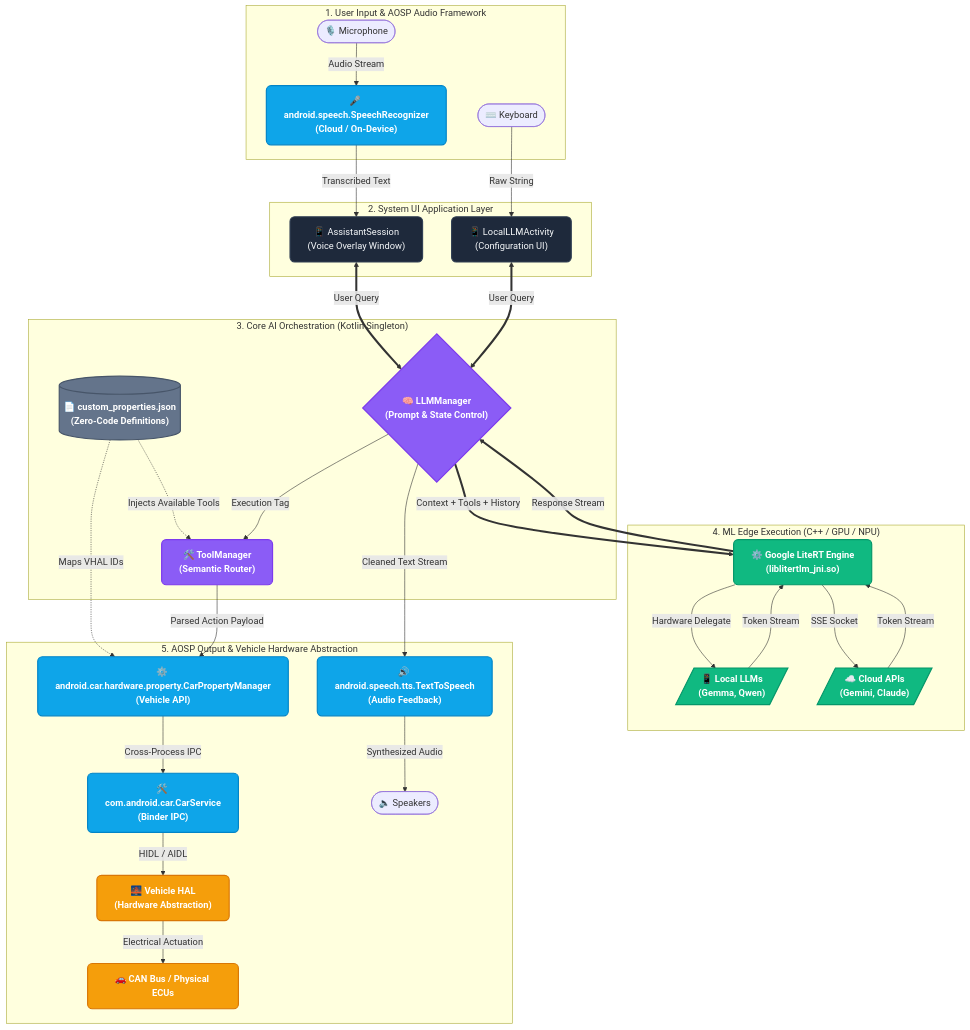
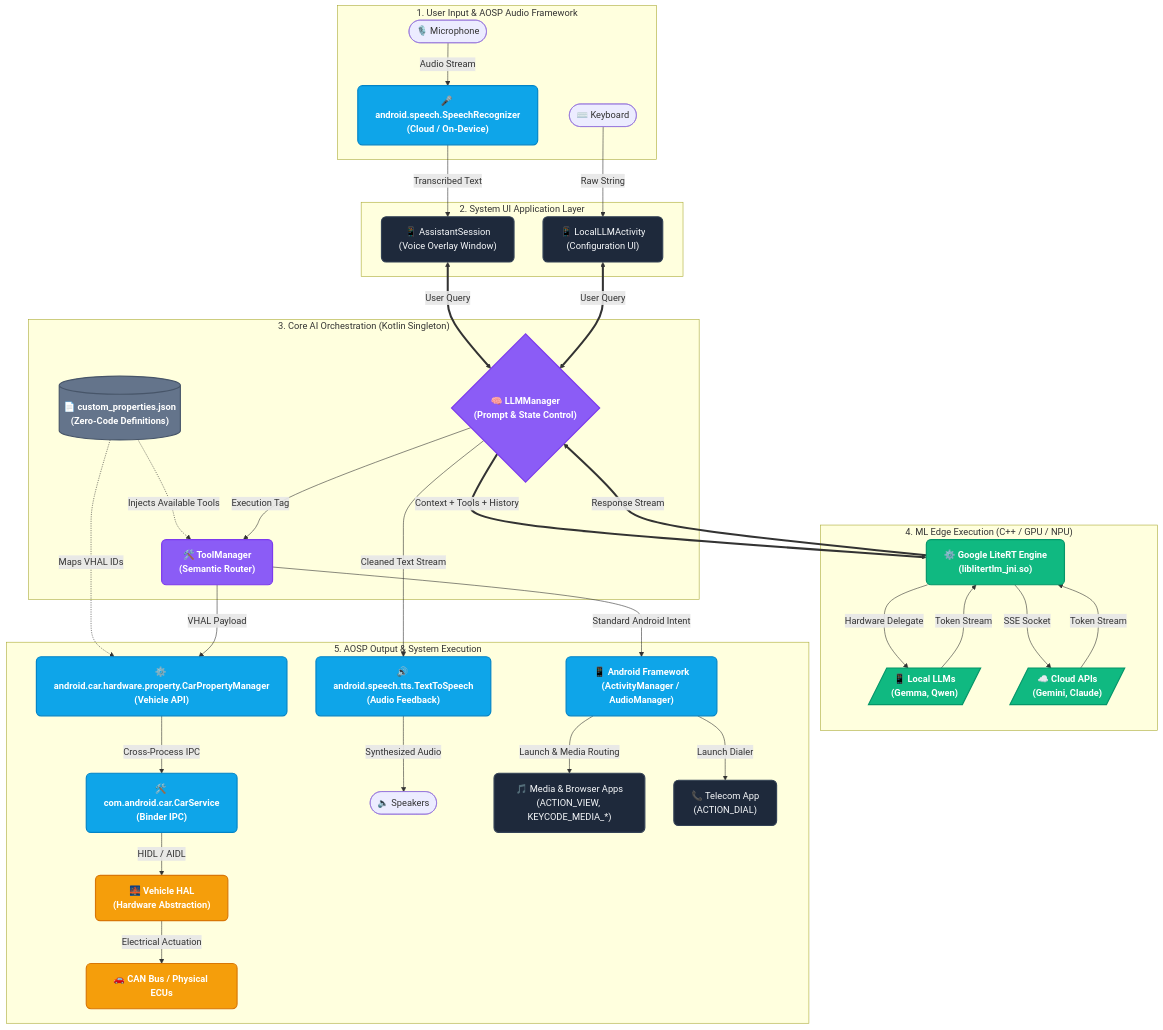
The first of 4 diagrams in ARCHITECTURE.md (hemangpandhi/ai-assistant), drawn with Mermaid before and after one commit. The commit also changed other lines of this file, not shown here.

Commit message:
docs: add standard intent media and telecom routing to architecture diagrams

````diff
--- a/ARCHITECTURE.md
+++ b/ARCHITECTURE.md
@@ -11,69 +11,76 @@
 ```mermaid
 flowchart TD
     %% Professional Enterprise Theme
     classDef sysApp fill:#1E293B,stroke:#334155,stroke-width:2px,color:#F8FAFC,rx:8px,ry:8px;
     classDef aospAPI fill:#0EA5E9,stroke:#0284C7,stroke-width:2px,color:#FFFFFF,rx:8px,ry:8px,font-weight:bold;
     classDef logic fill:#8B5CF6,stroke:#7C3AED,stroke-width:2px,color:#FFFFFF,rx:8px,ry:8px,font-weight:bold;
     classDef ai fill:#10B981,stroke:#059669,stroke-width:2px,color:#FFFFFF,rx:8px,ry:8px,font-weight:bold;
     classDef hardware fill:#F59E0B,stroke:#D97706,stroke-width:2px,color:#FFFFFF,rx:8px,ry:8px,font-weight:bold;
     classDef config fill:#64748B,stroke:#475569,stroke-width:2px,color:#FFFFFF,rx:8px,ry:8px,font-weight:bold;
 
     subgraph Input ["1. User Input & AOSP Audio Framework"]
         MIC([🎙️ Microphone])
         TXT([⌨️ Keyboard])
         STT["🎤 android.speech.SpeechRecognizer<br/>(Cloud / On-Device)"]:::aospAPI
     end
 
     subgraph AppUI ["2. System UI Application Layer"]
         SESSION["📱 AssistantSession<br/>(Voice Overlay Window)"]:::sysApp
         ACT["📱 LocalLLMActivity<br/>(Configuration UI)"]:::sysApp
     end
 
     subgraph Orchestration ["3. Core AI Orchestration (Kotlin Singleton)"]
         LLM{"🧠 LLMManager<br/>(Prompt & State Control)"}:::logic
         TM["🛠️ ToolManager<br/>(Semantic Router)"]:::logic
         JSON[("📄 custom_properties.json<br/>(Zero-Code Definitions)")]:::config
     end
 
     subgraph Inference ["4. ML Edge Execution (C++ / GPU / NPU)"]
         LITERT["⚙️ Google LiteRT Engine<br/>(liblitertlm_jni.so)"]:::ai
         LOCAL[/"📱 Local LLMs<br/>(Gemma, Qwen)"/]:::ai
         CLOUD[/"☁️ Cloud APIs<br/>(Gemini, Claude)"/]:::ai
     end
 
-    subgraph Output ["5. AOSP Output & Vehicle Hardware Abstraction"]
+    subgraph Output ["5. AOSP Output & System Execution"]
         TTS["🔊 android.speech.tts.TextToSpeech<br/>(Audio Feedback)"]:::aospAPI
         CPM["⚙️ android.car.hardware.property.CarPropertyManager<br/>(Vehicle API)"]:::aospAPI
         CARSERVICE["🛠️ com.android.car.CarService<br/>(Binder IPC)"]:::aospAPI
         VHAL["🌉 Vehicle HAL<br/>(Hardware Abstraction)"]:::hardware
         CAN["🚗 CAN Bus / Physical ECUs"]:::hardware
         SPK([🔈 Speakers])
+        INTENTS["📱 Android Framework<br/>(ActivityManager / AudioManager)"]:::aospAPI
+        MEDIA["🎵 Media & Browser Apps<br/>(ACTION_VIEW, KEYCODE_MEDIA_*)"]:::sysApp
+        PHONE["📞 Telecom App<br/>(ACTION_DIAL)"]:::sysApp
     end
 
     %% Flow Mapping
     MIC -->|Audio Stream| STT
     STT -->|Transcribed Text| SESSION
     TXT -->|Raw String| ACT
     
     SESSION <==>|User Query| LLM
     ACT <==>|User Query| LLM
     
     JSON -.->|Injects Available Tools| TM
     JSON -.->|Maps VHAL IDs| CPM
     
     LLM ==>|"Context + Tools + History"| LITERT
     LITERT -->|"Hardware Delegate"| LOCAL
     LITERT -->|"SSE Socket"| CLOUD
     
     LOCAL & CLOUD -->|"Token Stream"| LITERT
     LITERT ==>|"Response Stream"| LLM
     
     LLM -->|"Cleaned Text Stream"| TTS
     TTS -->|"Synthesized Audio"| SPK
     
     LLM -->|"<TOOL> Execution Tag"| TM
-    TM -->|"Parsed Action Payload"| CPM
+    TM -->|"VHAL Payload"| CPM
     CPM -->|"Cross-Process IPC"| CARSERVICE
     CARSERVICE -->|"HIDL / AIDL"| VHAL
     VHAL -->|"Electrical Actuation"| CAN
+
+    TM -->|"Standard Android Intent"| INTENTS
+    INTENTS -->|"Launch & Media Routing"| MEDIA
+    INTENTS -->|"Launch Dialer"| PHONE
 ```
````
